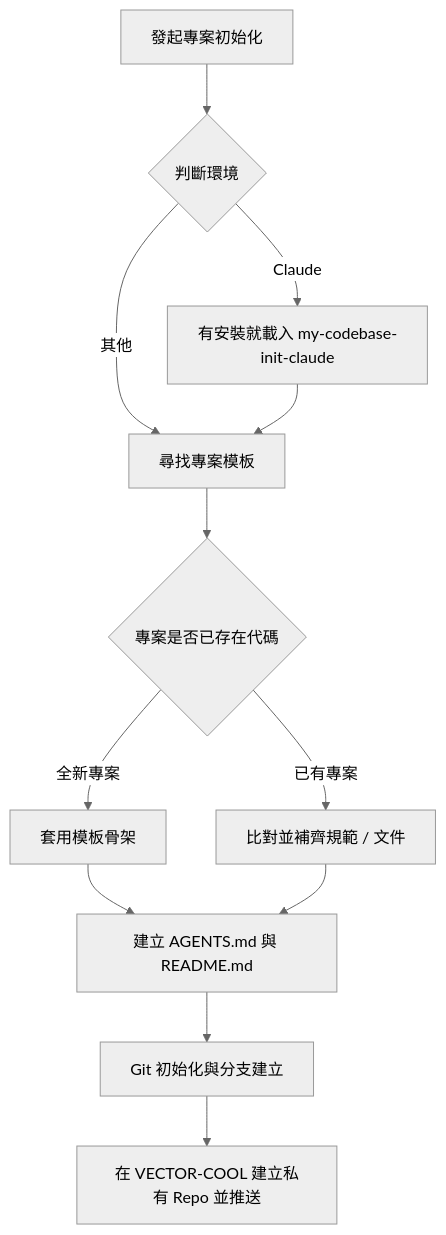
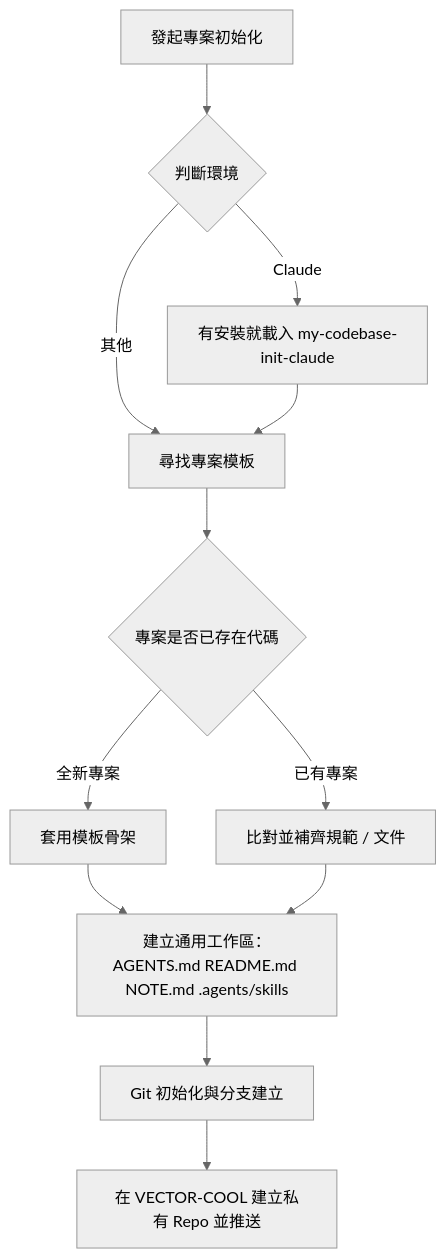
One commit to VECTOR-COOL/my-agent-toolkit changed the diagram in my-plugins/my-workflow/skills/my-codebase-init/SKILL.md. Above: the diagram before and after it, drawn with Mermaid (neutral theme). The commit also changed other lines of this file and 10 other files, not shown here.

First line of the commit message:
feat(plugin): init builds a generic workspace (AGENTS.md, README with version, NOTE.md, .agents/skills), bump 1.13.0

````diff
--- a/my-plugins/my-workflow/skills/my-codebase-init/SKILL.md
+++ b/my-plugins/my-workflow/skills/my-codebase-init/SKILL.md
@@ -10,14 +10,14 @@
 ```mermaid
 graph TD
   A[發起專案初始化] --> R{判斷環境}
   R -->|Claude| CL[有安裝就載入 my-codebase-init-claude]
   R -->|其他| B[尋找專案模板]
   CL --> B
   B --> C{專案是否已存在代碼}
   C -->|全新專案| D[套用模板骨架]
   C -->|已有專案| E[比對並補齊規範 / 文件]
-  D --> F[建立 AGENTS.md 與 README.md]
+  D --> F[建立通用工作區：AGENTS.md README.md NOTE.md .agents/skills]
   E --> F
   F --> G[Git 初始化與分支建立]
   G --> H[在 VECTOR-COOL 建立私有 Repo 並推送]
 ```
````
